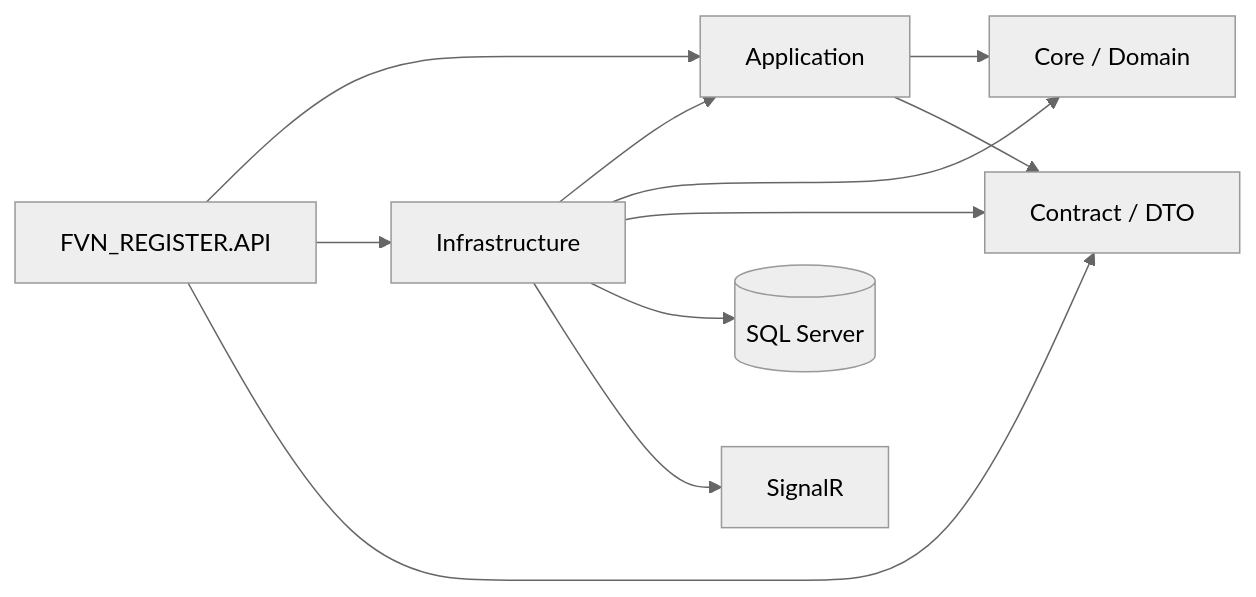
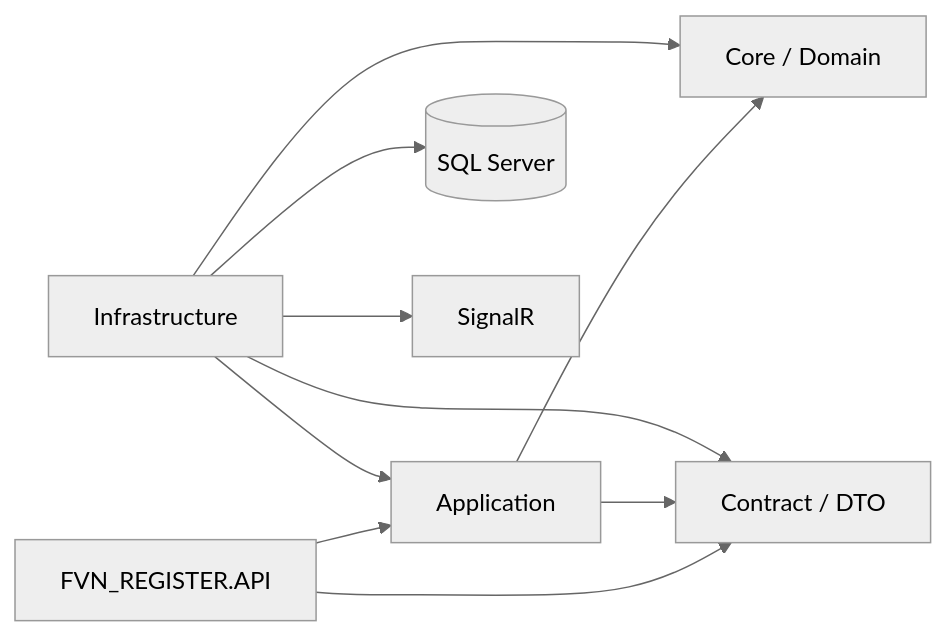
One commit to Nang0559/Reggister changed the first of 3 diagrams in MÔ HÌNH/07_IMPLEMENTATION_AUDIT.md. Above: the diagram before and after it, drawn with Mermaid (neutral theme). The commit also changed other lines of this file, not shown here.

Commit message:
docs(architecture): update implementation audit after controller refactor pass

````diff
--- a/MÔ HÌNH/07_IMPLEMENTATION_AUDIT.md
+++ b/MÔ HÌNH/07_IMPLEMENTATION_AUDIT.md
@@ -7,21 +7,20 @@
 ```mermaid
 flowchart LR
     API[FVN_REGISTER.API]
     APP[Application]
     CONTRACT[Contract / DTO]
     CORE[Core / Domain]
     INFRA[Infrastructure]
     DB[(SQL Server)]
     HUB[SignalR]
 
     API --> APP
-    API --> INFRA
     API --> CONTRACT
     APP --> CORE
     APP --> CONTRACT
     INFRA --> APP
     INFRA --> CORE
     INFRA --> CONTRACT
     INFRA --> DB
     INFRA --> HUB
 ```
````
